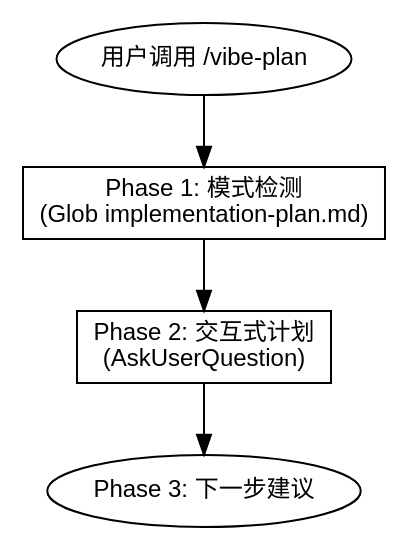
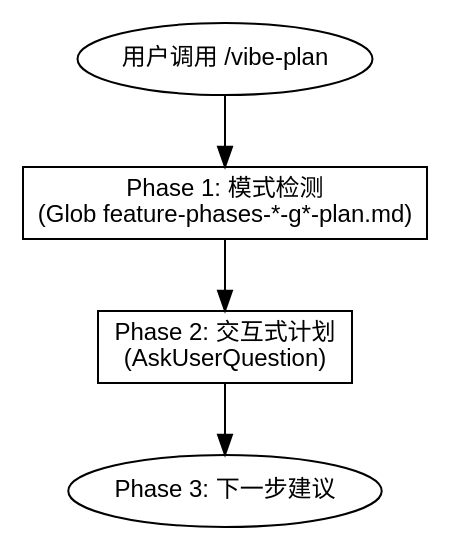
One commit to Yumoxj/vibe-ops changed the first of 2 diagrams in skills-zh/vibe-plan/SKILL.md. Above: the diagram before and after it, drawn with Graphviz. The commit also changed other lines of this file and 14 other files, not shown here.

````diff
--- a/skills-zh/vibe-plan/SKILL.md
+++ b/skills-zh/vibe-plan/SKILL.md
@@ -22,15 +22,15 @@
 ```dot
 digraph plan_overview {
     rankdir=TB;
     node [fontname="Arial", fontsize=12];
 
     start [shape=ellipse, label="用户调用 /vibe-plan"];
-    phase1 [shape=box, label="Phase 1: 模式检测\n(Glob implementation-plan.md)"];
+    phase1 [shape=box, label="Phase 1: 模式检测\n(Glob feature-phases-*-g*-plan.md)"];
     phase2 [shape=box, label="Phase 2: 交互式计划\n(AskUserQuestion)"];
     phase3 [shape=ellipse, label="Phase 3: 下一步建议"];
 
     start -> phase1;
     phase1 -> phase2;
     phase2 -> phase3;
 }
 ```
````
